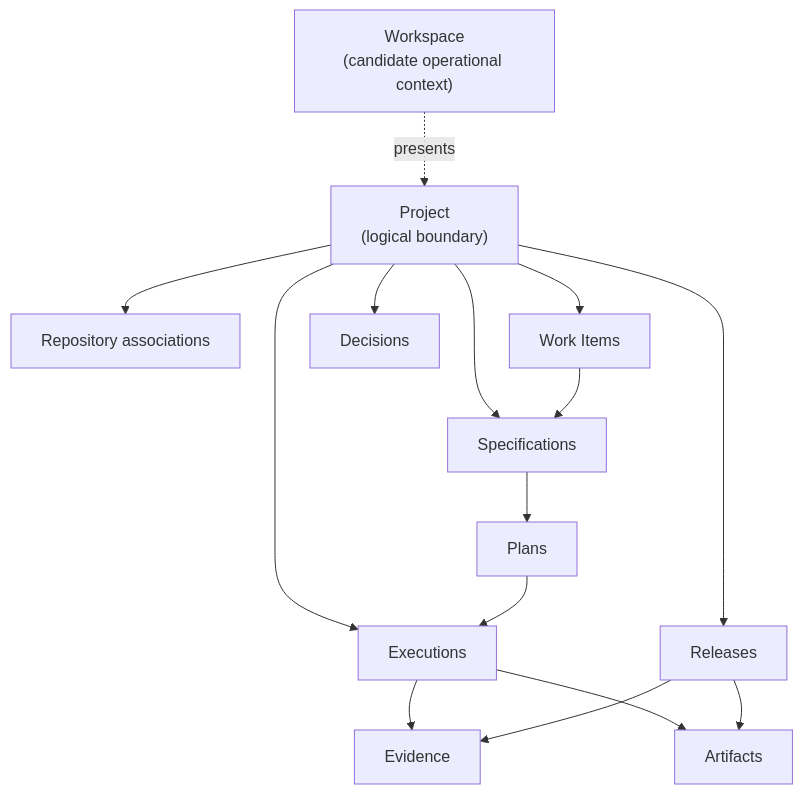
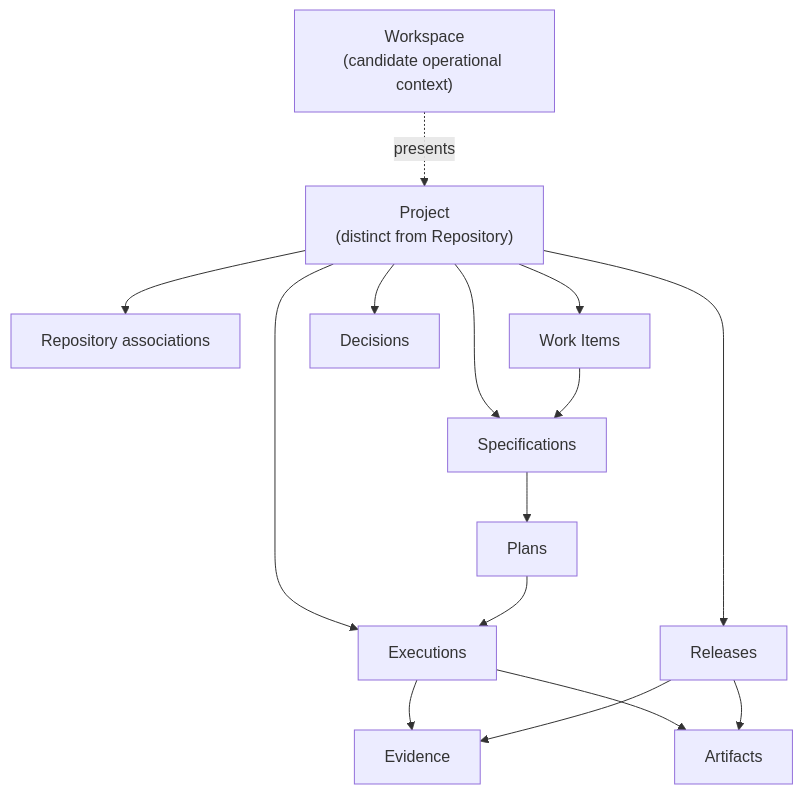
Before and after one commit to rgomids/axiom: the diagram in docs/architecture/conceptual-model.md, drawn with Mermaid. The commit also changed other lines of this file and 4 other files, not shown here.

````diff
--- a/docs/architecture/conceptual-model.md
+++ b/docs/architecture/conceptual-model.md
@@ -9,17 +9,17 @@
 ```mermaid
 flowchart TB
-    WS["Workspace\n(candidate operational context)"] -. presents .-> P["Project\n(logical boundary)"]
+    WS["Workspace\n(candidate operational context)"] -. presents .-> P["Project\n(distinct from Repository)"]
     P --> R["Repository associations"]
     P --> WI["Work Items"]
     P --> S["Specifications"]
     P --> D["Decisions"]
     P --> X["Executions"]
     WI --> S
     S --> PL["Plans"]
     PL --> X
     X --> E["Evidence"]
     X --> A["Artifacts"]
     P --> REL["Releases"]
     REL --> A
     REL --> E
 ```
````
